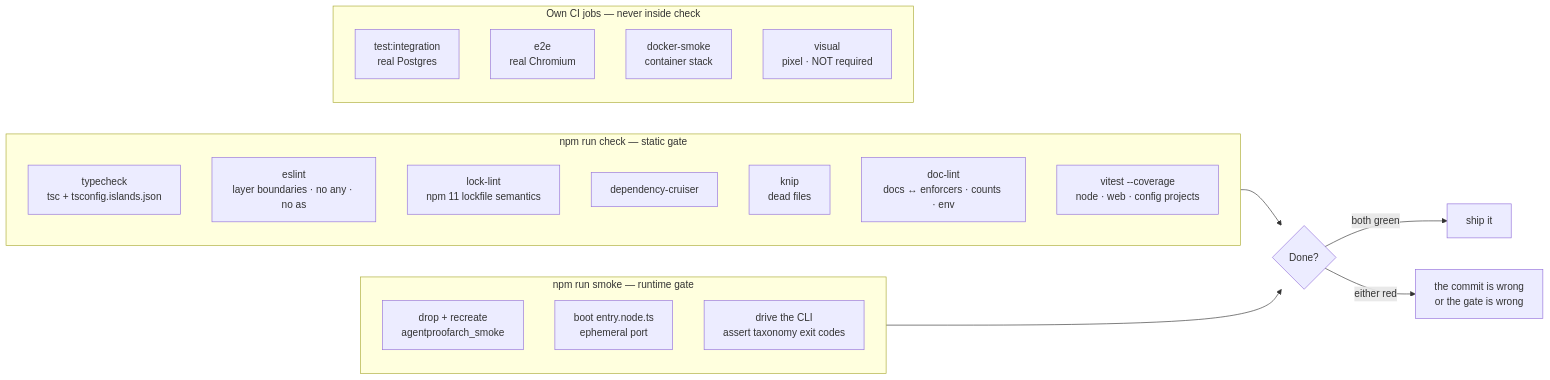
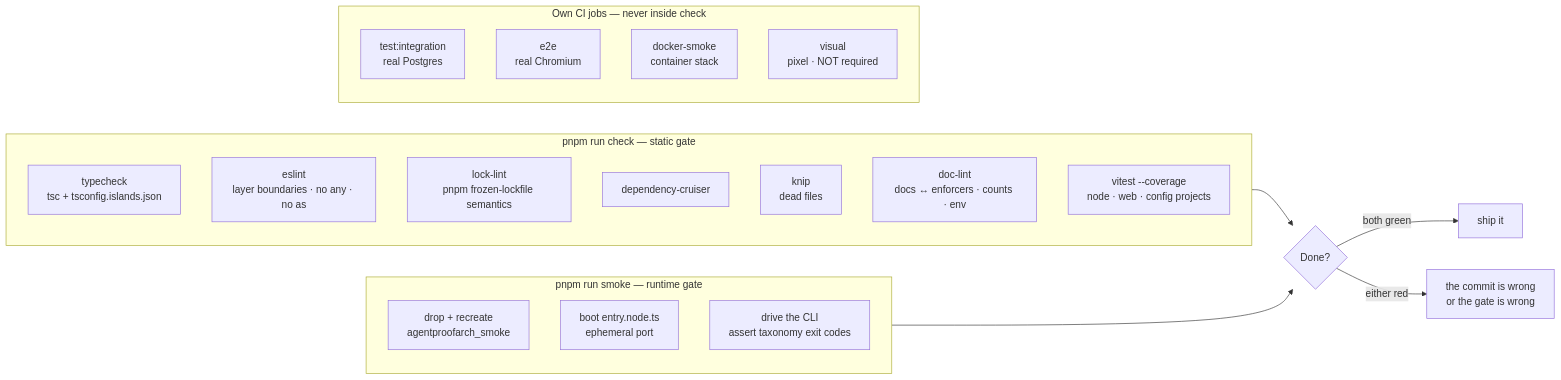
One commit to chomamateusz/agentproofarch changed the diagram in website/docs/guides/testing-doctrine.md. Above: the diagram before and after it, drawn with Mermaid. The commit also changed other lines of this file and 74 other files, not shown here.

First line of the commit message:
Toolchain: migrate npm -> pnpm (supply-chain hardening)

````diff
--- a/website/docs/guides/testing-doctrine.md
+++ b/website/docs/guides/testing-doctrine.md
@@ -25,30 +25,30 @@
 ```mermaid
 flowchart LR
-  subgraph static["npm run check — static gate"]
+  subgraph static["pnpm run check — static gate"]
     tc["typecheck<br/>tsc + tsconfig.islands.json"]
     lint["eslint<br/>layer boundaries · no any · no as"]
-    lock["lock-lint<br/>npm 11 lockfile semantics"]
+    lock["lock-lint<br/>pnpm frozen-lockfile semantics"]
     dc["dependency-cruiser"]
     knip["knip<br/>dead files"]
     dl["doc-lint<br/>docs ↔ enforcers · counts · env"]
     vt["vitest --coverage<br/>node · web · config projects"]
   end
 
-  subgraph runtime["npm run smoke — runtime gate"]
+  subgraph runtime["pnpm run smoke — runtime gate"]
     db["drop + recreate<br/>agentproofarch_smoke"]
     boot["boot entry.node.ts<br/>ephemeral port"]
     drive["drive the CLI<br/>assert taxonomy exit codes"]
   end
 
   subgraph separate["Own CI jobs — never inside check"]
     it["test:integration<br/>real Postgres"]
     e2e["e2e<br/>real Chromium"]
     ds["docker-smoke<br/>container stack"]
     vis["visual<br/>pixel · NOT required"]
   end
 
   static --> done{"Done?"}
   runtime --> done
   done -->|"both green"| shipIt["ship it"]
   done -->|"either red"| redGate["the commit is wrong<br/>or the gate is wrong"]
 ```
````
